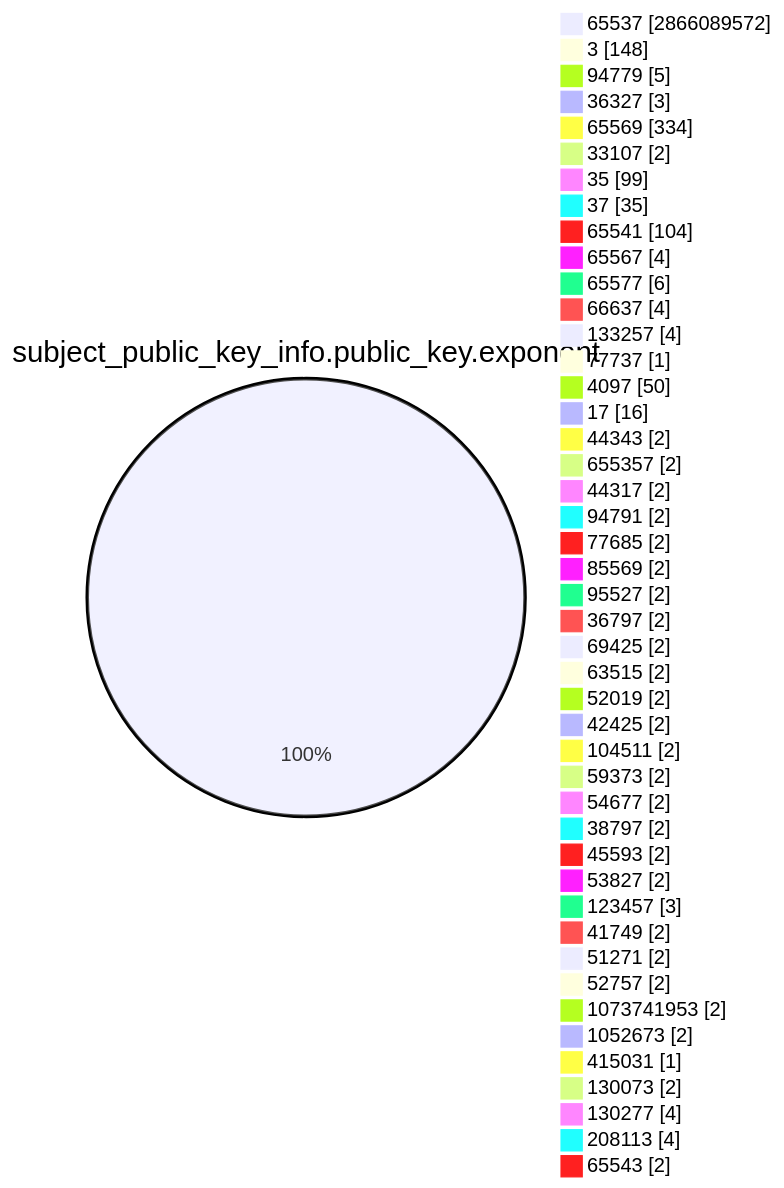
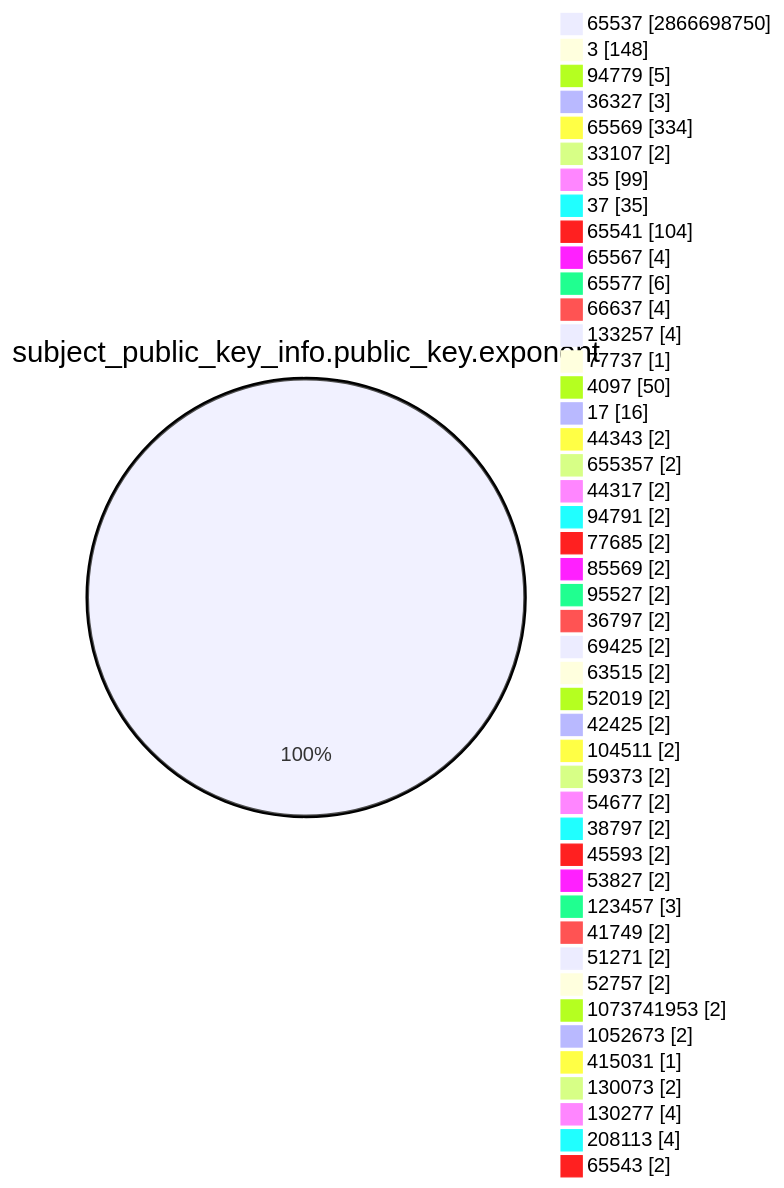
Before and after one commit to christiankrug/ctmonitor_visualization: the fourth of 15 diagrams in TOTAL/README.md, drawn with Mermaid. The commit also changed other lines of this file, not shown here.

````diff
--- a/TOTAL/README.md
+++ b/TOTAL/README.md
@@ -1468,49 +1468,49 @@
 ```mermaid
 pie showData
 title subject_public_key_info.public_key.exponent
-"65537" :2866089572
+"65537" :2866698750
 "3" :148
 "94779" :5
 "36327" :3
 "65569" :334
 "33107" :2
 "35" :99
 "37" :35
 "65541" :104
 "65567" :4
 "65577" :6
 "66637" :4
 "133257" :4
 "77737" :1
 "4097" :50
 "17" :16
 "44343" :2
 "655357" :2
 "44317" :2
 "94791" :2
 "77685" :2
 "85569" :2
 "95527" :2
 "36797" :2
 "69425" :2
 "63515" :2
 "52019" :2
 "42425" :2
 "104511" :2
 "59373" :2
 "54677" :2
 "38797" :2
 "45593" :2
 "53827" :2
 "123457" :3
 "41749" :2
 "51271" :2
 "52757" :2
 "1073741953" :2
 "1052673" :2
 "415031" :1
 "130073" :2
 "130277" :4
 "208113" :4
 "65543" :2
 ```
````
